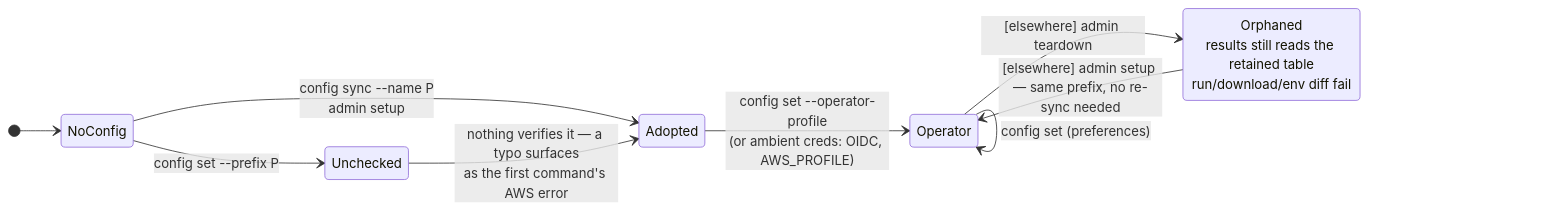
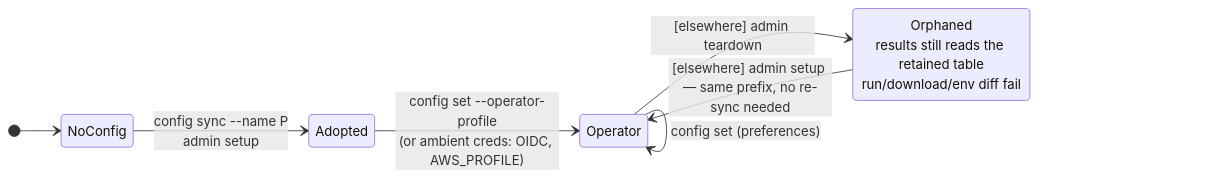
Before and after one commit to wsztajerowski/benchmark-as-a-service: the second of 3 diagrams in docs/analysis/cli-usage-analysis.md, drawn with Mermaid. The commit also changed other lines of this file and 3 other files, not shown here.

````diff
--- a/docs/analysis/cli-usage-analysis.md
+++ b/docs/analysis/cli-usage-analysis.md
@@ -117,13 +117,11 @@
 ```mermaid
 stateDiagram-v2
     direction LR
     [*] --> NoConfig
     NoConfig --> Adopted: config sync --name P<br/>admin setup
-    NoConfig --> Unchecked: config set --prefix P
-    Unchecked --> Adopted: nothing verifies it — a typo surfaces<br/>as the first command's AWS error
     Adopted --> Operator: config set --operator-profile<br/>(or ambient creds: OIDC, AWS_PROFILE)
     Operator --> Operator: config set (preferences)
     Operator --> Orphaned: [elsewhere] admin teardown
     Orphaned --> Operator: [elsewhere] admin setup — same prefix, no re-sync needed
     Orphaned: Orphaned<br/>results still reads the retained table<br/>run/download/env diff fail
 ```
````
